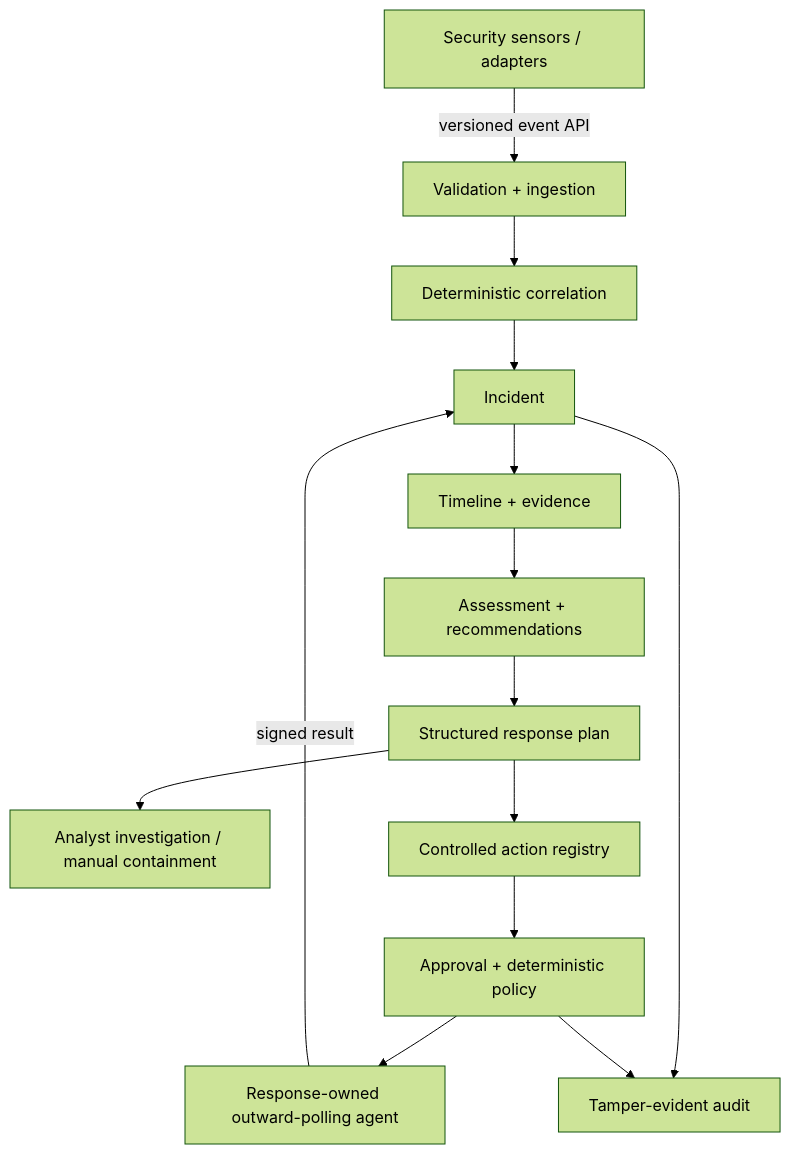
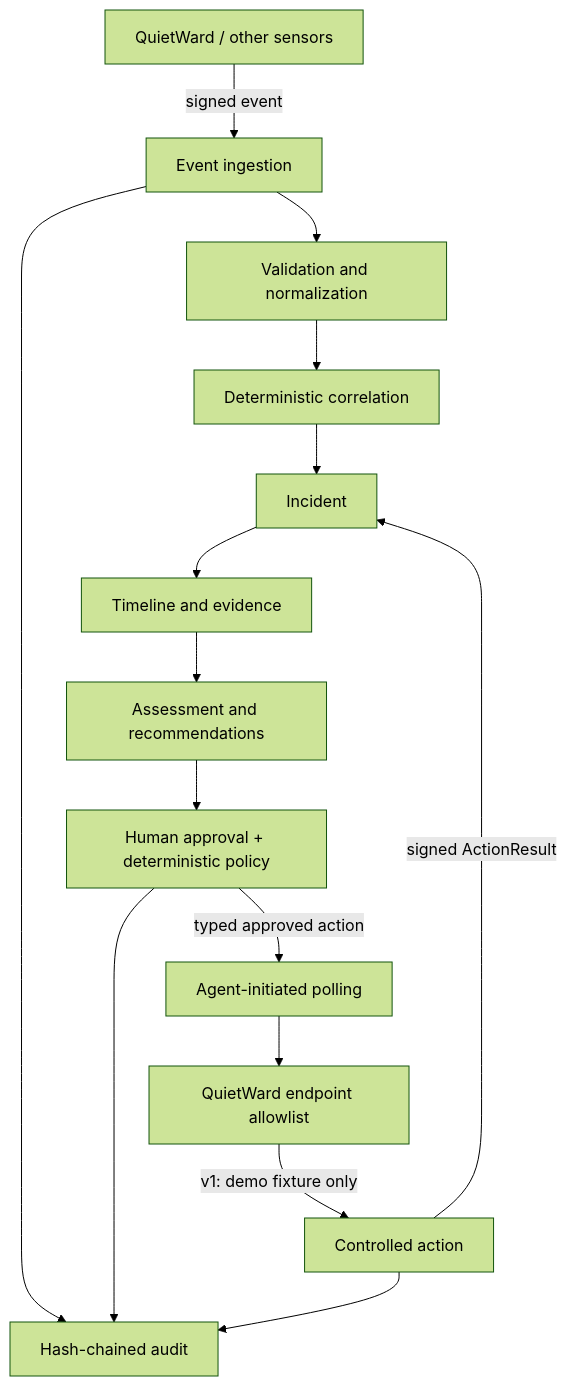
One commit to LUKEcheadle-ship-it/quietward-response changed the diagram in README.md. Above: the diagram before and after it, drawn with Mermaid (forest theme). The commit also changed other lines of this file and 32 other files, not shown here.

First line of the commit message:
Restore validated QuietWard Response v1.0.0 as stable main

````diff
--- a/README.md
+++ b/README.md
@@ -52,16 +20,17 @@
 ```mermaid
 flowchart TD
-    S[Security sensors / adapters] -->|versioned event API| I[Validation + ingestion]
-    I --> C[Deterministic correlation]
+    Q[QuietWard / other sensors] -->|signed event| I[Event ingestion]
+    I --> N[Validation and normalization]
+    N --> C[Deterministic correlation]
     C --> X[Incident]
-    X --> T[Timeline + evidence]
-    T --> R[Assessment + recommendations]
-    R --> P[Structured response plan]
-    P --> H[Analyst investigation / manual containment]
-    P --> A[Controlled action registry]
-    A --> G[Approval + deterministic policy]
-    G --> E[Response-owned outward-polling agent]
-    E -->|signed result| X
-    X --> U[Tamper-evident audit]
-    G --> U
+    X --> T[Timeline and evidence]
+    T --> R[Assessment and recommendations]
+    R --> P[Human approval + deterministic policy]
+    P -->|typed approved action| A[Agent-initiated polling]
+    A --> E[QuietWard endpoint allowlist]
+    E -->|v1: demo fixture only| Z[Controlled action]
+    Z -->|signed ActionResult| X
+    I --> U[Hash-chained audit]
+    P --> U
+    Z --> U
 ```
````
